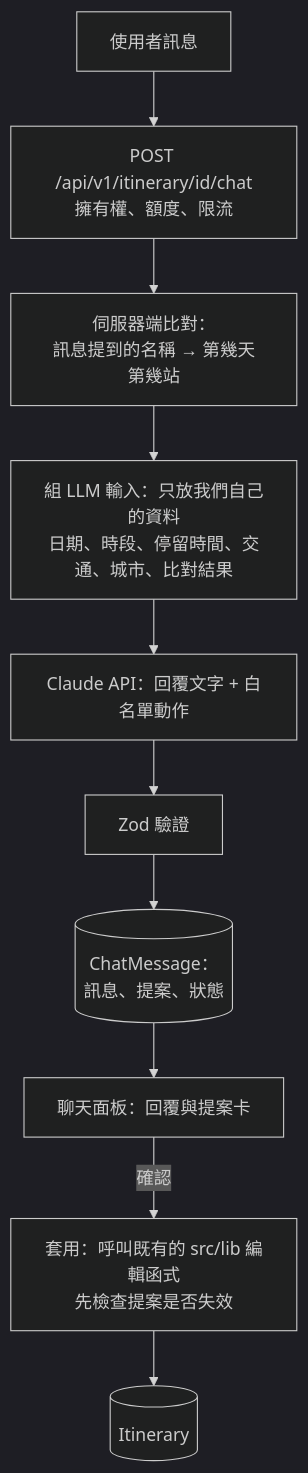
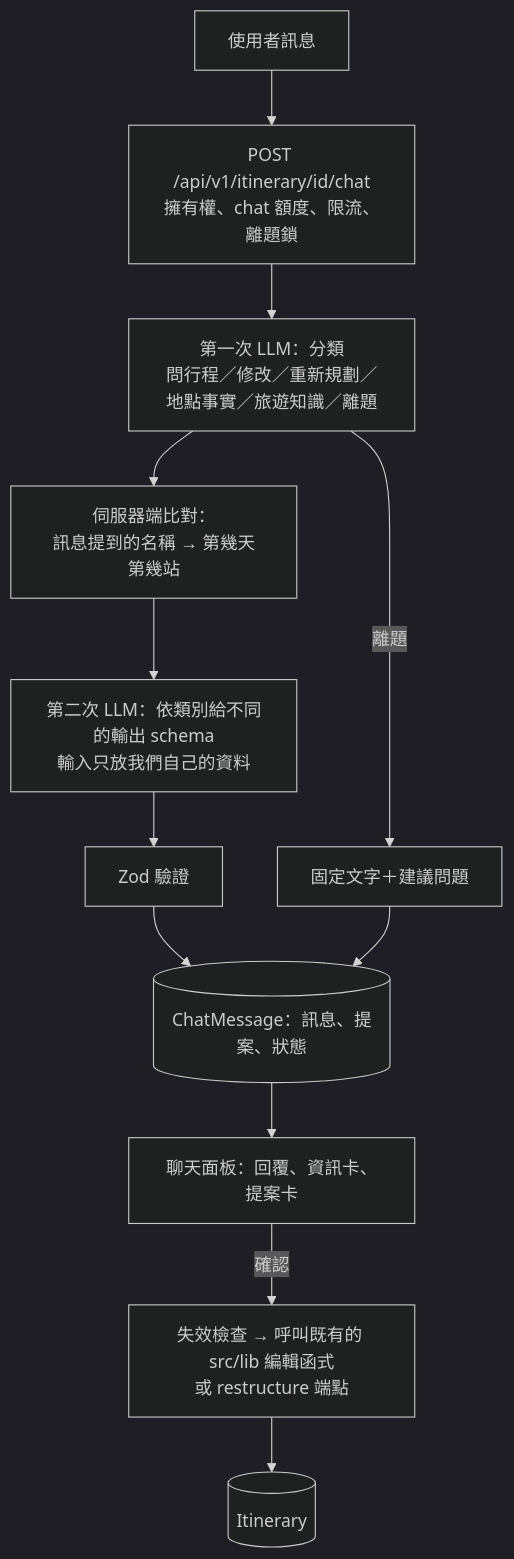
One commit to wanyiyeh/ai-travel-agent changed the diagram in docs/plans/PLAN-004-itinerary-chat.md. Above: the diagram before and after it, drawn with Mermaid (dark theme). The commit also changed other lines of this file and 2 other files, not shown here.

````diff
--- a/docs/plans/PLAN-004-itinerary-chat.md
+++ b/docs/plans/PLAN-004-itinerary-chat.md
@@ -64,12 +84,14 @@
 ```mermaid
 flowchart TD
-  U[使用者訊息] --> R[POST /api/v1/itinerary/id/chat<br/>擁有權、額度、限流]
-  R --> M[伺服器端比對：<br/>訊息提到的名稱 → 第幾天第幾站]
-  M --> C[組 LLM 輸入：只放我們自己的資料<br/>日期、時段、停留時間、交通、城市、比對結果]
-  C --> L[Claude API：回覆文字 + 白名單動作]
-  L --> Z[Zod 驗證]
-  Z --> S[(ChatMessage：<br/>訊息、提案、狀態)]
-  S --> UI[聊天面板：回覆與提案卡]
-  UI -->|確認| A[套用：呼叫既有的 src/lib 編輯函式<br/>先檢查提案是否失效]
+  U[使用者訊息] --> R[POST /api/v1/itinerary/id/chat<br/>擁有權、chat 額度、限流、離題鎖]
+  R --> C1[第一次 LLM：分類<br/>問行程／修改／重新規劃／地點事實／旅遊知識／離題]
+  C1 -->|離題| F[固定文字＋建議問題]
+  C1 --> M[伺服器端比對：<br/>訊息提到的名稱 → 第幾天第幾站]
+  M --> C2[第二次 LLM：依類別給不同的輸出 schema<br/>輸入只放我們自己的資料]
+  C2 --> Z[Zod 驗證]
+  Z --> S[(ChatMessage：訊息、提案、狀態)]
+  F --> S
+  S --> UI[聊天面板：回覆、資訊卡、提案卡]
+  UI -->|確認| A[失效檢查 → 呼叫既有的 src/lib 編輯函式<br/>或 restructure 端點]
   A --> DB[(Itinerary)]
 ```
````
